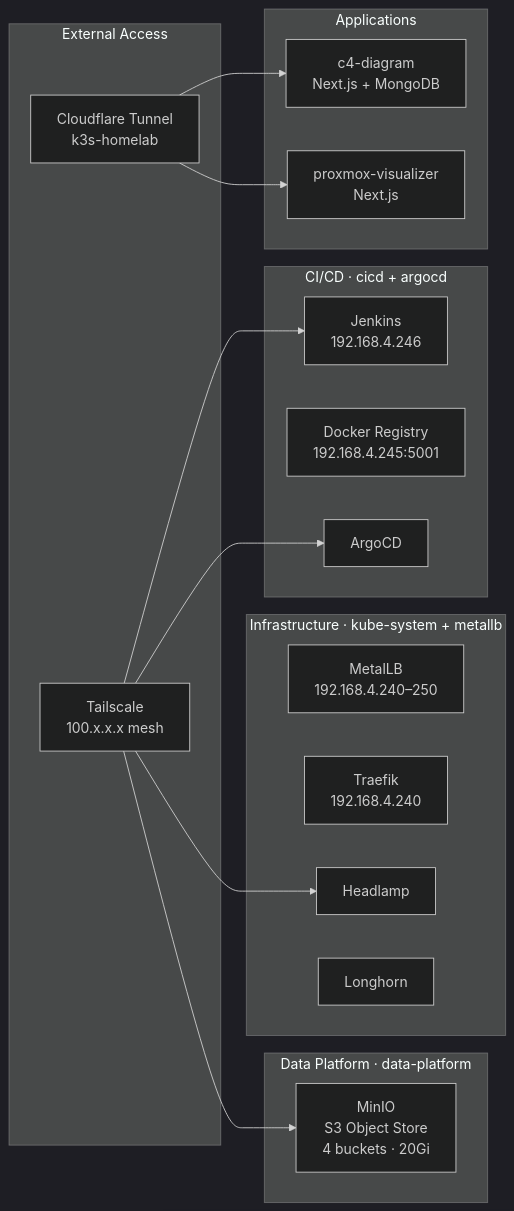
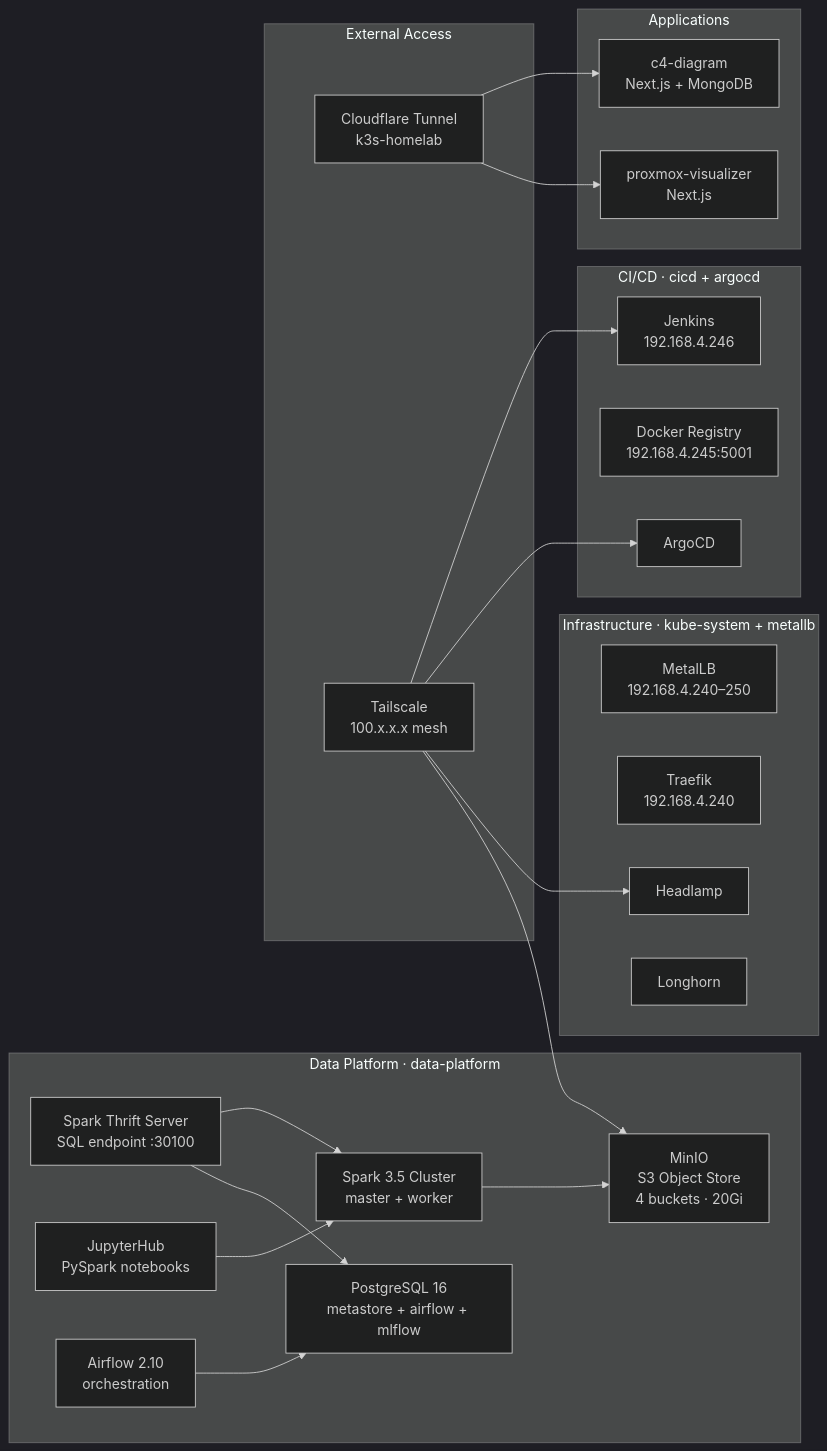
One commit to AmanHogan/k3s-data-platform changed the second of 6 diagrams in README.md. Above: the diagram before and after it, drawn with Mermaid (dark theme). The commit also changed other lines of this file and 11 other files, not shown here.

First line of the commit message:
feat: Phase 2 data platform — Postgres, Spark Thrift SQL endpoint, Airflow

````diff
--- a/README.md
+++ b/README.md
@@ -53,36 +53,47 @@
 ```mermaid
 graph LR
     subgraph cicd[CI/CD · cicd + argocd]
         JENKINS[Jenkins<br/>192.168.4.246]
         REG[Docker Registry<br/>192.168.4.245:5001]
         ARGO[ArgoCD]
     end
 
     subgraph apps[Applications]
         C4[c4-diagram<br/>Next.js + MongoDB]
         PROXVIZ[proxmox-visualizer<br/>Next.js]
     end
 
     subgraph data[Data Platform · data-platform]
         MINIO[MinIO<br/>S3 Object Store<br/>4 buckets · 20Gi]
+        SPARK[Spark 3.5 Cluster<br/>master + worker]
+        THRIFT[Spark Thrift Server<br/>SQL endpoint :30100]
+        JUPYTER[JupyterHub<br/>PySpark notebooks]
+        PG[PostgreSQL 16<br/>metastore + airflow + mlflow]
+        AIRFLOW[Airflow 2.10<br/>orchestration]
     end
+
+    THRIFT --> SPARK
+    JUPYTER --> SPARK
+    THRIFT --> PG
+    AIRFLOW --> PG
+    SPARK --> MINIO
 
     subgraph infra[Infrastructure · kube-system + metallb]
         METALLB[MetalLB<br/>192.168.4.240–250]
         TRAEFIK[Traefik<br/>192.168.4.240]
         HEADLAMP[Headlamp]
         LONGHORN[Longhorn]
     end
 
     subgraph access[External Access]
         CFTUNNEL[Cloudflare Tunnel<br/>k3s-homelab]
         TAILSCALE[Tailscale<br/>100.x.x.x mesh]
     end
 
     CFTUNNEL --> C4
     CFTUNNEL --> PROXVIZ
     TAILSCALE --> JENKINS
     TAILSCALE --> ARGO
     TAILSCALE --> HEADLAMP
     TAILSCALE --> MINIO
 ```
````
